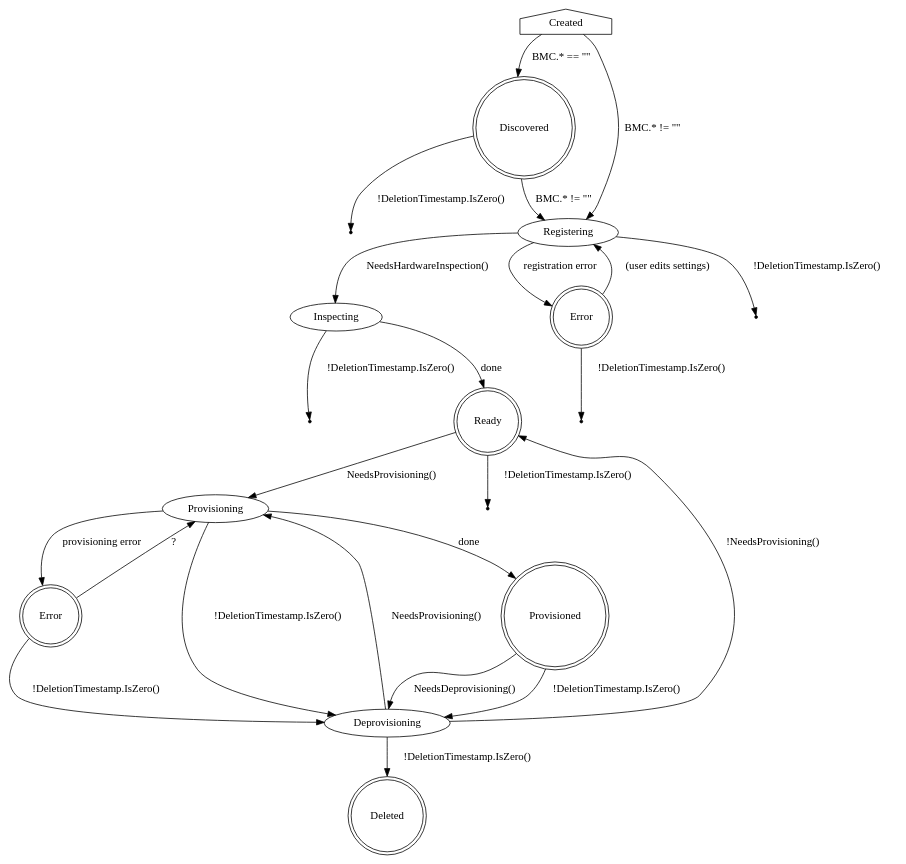
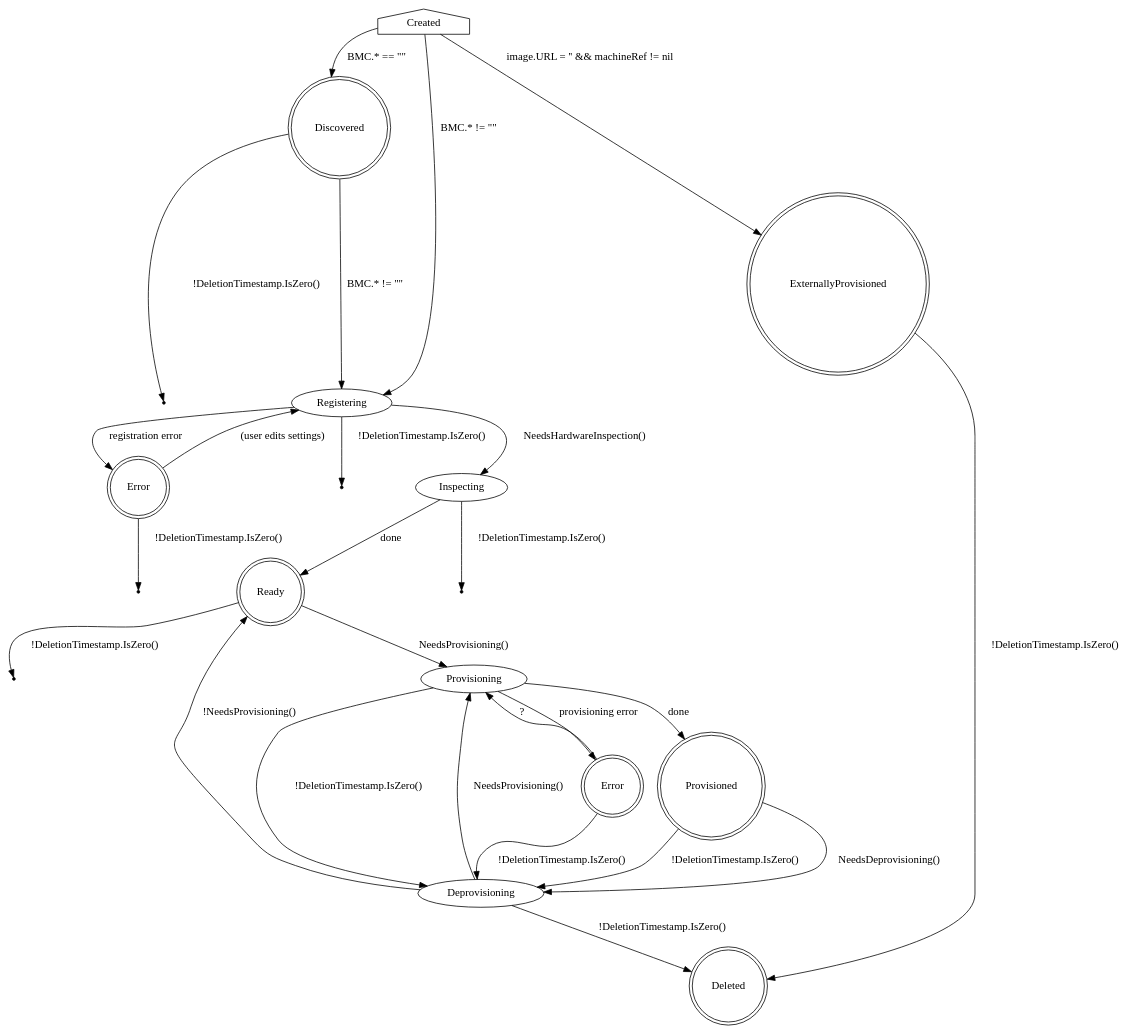
The diagram in docs/BaremetalHost_ProvisioningState.dot (metal3-io/baremetal-operator), drawn with Graphviz before and after one commit. The commit also changed 2 other files, not shown here.

Commit message:
add ExternallyProvisioned state to documentation

```diff
--- a/docs/BaremetalHost_ProvisioningState.dot
+++ b/docs/BaremetalHost_ProvisioningState.dot
@@ -1,52 +1,56 @@
 digraph BaremetalHost {
     Created [shape=house]
     Created -> Discovered [label="BMC.* == \"\""]
     Created -> Registering [label="BMC.* != \"\""]
+    Created -> ExternallyProvisioned [label="image.URL = '' && machineRef != nil"]
 
     Discovered [shape=doublecircle]
     Discovered -> Registering [label="BMC.* != \"\""]
     Discovered -> Deleted1 [label="!DeletionTimestamp.IsZero()"]
 
     Deleted1 [shape=point]
 
     Registering -> Inspecting [label="NeedsHardwareInspection()"]
     Registering -> RegistrationError [shape=doublecircle label="registration error"]
     Registering -> Deleted2 [label="!DeletionTimestamp.IsZero()"]
 
     Deleted2 [shape=point]
 
     Inspecting -> Ready [label="done"]
     Inspecting -> Deleted3 [label="!DeletionTimestamp.IsZero()"]
 
     Deleted3 [shape=point]
 
     RegistrationError [shape=doublecircle label="Error"]
     RegistrationError -> Registering [label="(user edits settings)"]
     RegistrationError -> Deleted4 [label="!DeletionTimestamp.IsZero()"]
 
     Deleted4 [shape=point]
 
     Ready [shape=doublecircle]
     Ready -> Provisioning [label="NeedsProvisioning()"]
     Ready -> Deleted5 [label="!DeletionTimestamp.IsZero()"]
 
     Deleted5 [shape=point]
 
     Provisioning -> Provisioned [label=done]
     Provisioning -> ProvisioningError [label="provisioning error"]
     Provisioning -> Deprovisioning [label="!DeletionTimestamp.IsZero()"]
 
     ProvisioningError [shape=doublecircle label="Error"]
     ProvisioningError -> Provisioning [label="?"]
     ProvisioningError -> Deprovisioning [label="!DeletionTimestamp.IsZero()"]
 
     Provisioned [shape=doublecircle]
     Provisioned -> Deprovisioning [label="NeedsDeprovisioning()"]
     Provisioned -> Deprovisioning [label="!DeletionTimestamp.IsZero()"]
 
+    ExternallyProvisioned [shape=doublecircle]
+    ExternallyProvisioned -> Deleted [label="!DeletionTimestamp.IsZero()"]
+
     Deprovisioning -> Provisioning [label="NeedsProvisioning()"]
     Deprovisioning -> Ready [label="!NeedsProvisioning()"]
     Deprovisioning -> Deleted [label="!DeletionTimestamp.IsZero()"]
 
     Deleted [shape=doublecircle]
 }
```
